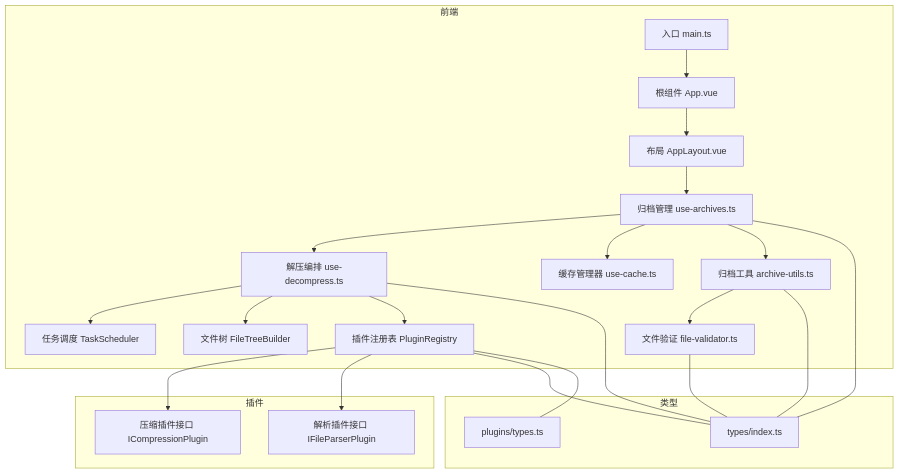
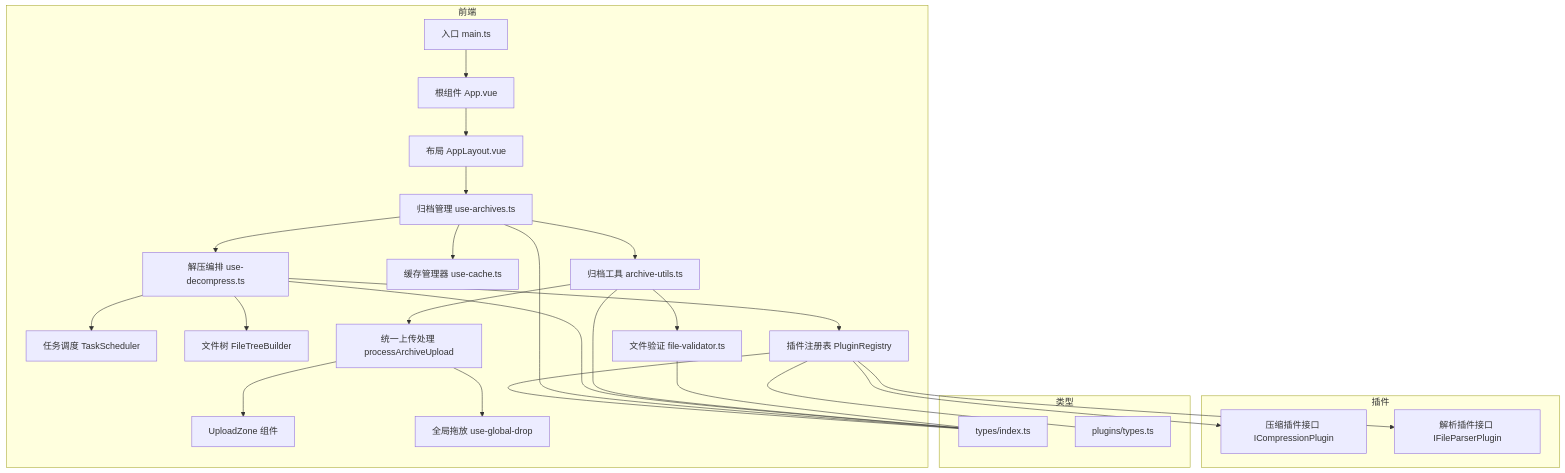
Before and after one commit to taoweidong/Hello-Tauri: the first of 13 diagrams in .qoder/repowiki/zh/content/核心模块/归档工具函数.md, drawn with Mermaid. The commit also changed other lines of this file and 67 other files, not shown here.

````diff
--- a/.qoder/repowiki/zh/content/核心模块/归档工具函数.md
+++ b/.qoder/repowiki/zh/content/核心模块/归档工具函数.md
@@ -46,29 +56,32 @@
 ```mermaid
 graph TB
 subgraph "前端"
 A["入口 main.ts"] --> B["根组件 App.vue"]
 B --> C["布局 AppLayout.vue"]
 C --> D["归档管理 use-archives.ts"]
 D --> E["解压编排 use-decompress.ts"]
 E --> F["任务调度 TaskScheduler"]
 E --> G["文件树 FileTreeBuilder"]
 E --> H["插件注册表 PluginRegistry"]
 D --> I["缓存管理器 use-cache.ts"]
 D --> J["归档工具 archive-utils.ts"]
 J --> K["文件验证 file-validator.ts"]
+J --> L["统一上传处理 processArchiveUpload"]
+L --> M["UploadZone 组件"]
+L --> N["全局拖放 use-global-drop"]
 end
 subgraph "插件"
-H --> L["压缩插件接口 ICompressionPlugin"]
-H --> M["解析插件接口 IFileParserPlugin"]
+H --> O["压缩插件接口 ICompressionPlugin"]
+H --> P["解析插件接口 IFileParserPlugin"]
 end
 subgraph "类型"
-N["types/index.ts"]
-O["plugins/types.ts"]
+Q["types/index.ts"]
+R["plugins/types.ts"]
 end
-H --- N
-H --- O
-D --- N
-E --- N
-J --- N
-K --- N
+H --- Q
+H --- R
+D --- Q
+E --- Q
+J --- Q
+K --- Q
 ```
````
